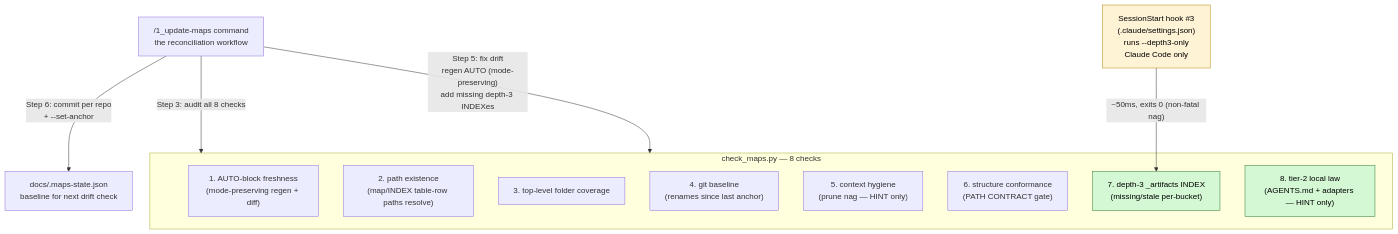
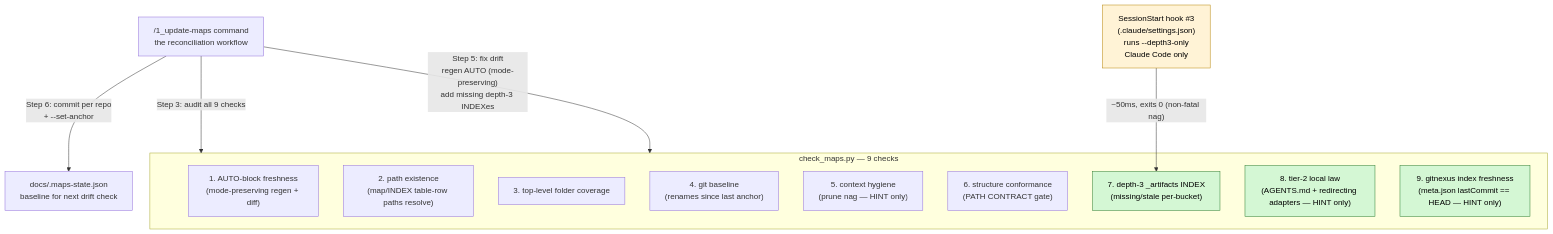
The fourth of 7 diagrams in _my_resources/diagrams_guides/system/file_folder_structure+maintaining.md (sudomadhatter/Sudo_Hatter_Command), drawn with Mermaid before and after one commit. The commit also changed other lines of this file and 8 other files, not shown here.

````diff
--- a/_my_resources/diagrams_guides/system/file_folder_structure+maintaining.md
+++ b/_my_resources/diagrams_guides/system/file_folder_structure+maintaining.md
@@ -124,26 +124,27 @@
 ```mermaid
 flowchart TD
-    subgraph LINTER ["check_maps.py — 8 checks"]
+    subgraph LINTER ["check_maps.py — 9 checks"]
         C1["1. AUTO-block freshness\n(mode-preserving regen + diff)"]
         C2["2. path existence\n(map/INDEX table-row paths resolve)"]
         C3["3. top-level folder coverage"]
         C4["4. git baseline\n(renames since last anchor)"]
         C5["5. context hygiene\n(prune nag — HINT only)"]
         C6["6. structure conformance\n(PATH CONTRACT gate)"]
         C7["7. depth-3 _artifacts INDEX\n(missing/stale per-bucket)"]
-        C8["8. tier-2 local law\n(AGENTS.md + adapters — HINT only)"]
+        C8["8. tier-2 local law\n(AGENTS.md + redirecting adapters — HINT only)"]
+        C9["9. gitnexus index freshness\n(meta.json lastCommit == HEAD — HINT only)"]
     end
 
     HOOK["SessionStart hook #3\n(.claude/settings.json)\nruns --depth3-only\nClaude Code only"]
     HOOK -->|"~50ms, exits 0 (non-fatal nag)"| C7
 
     WORKFLOW["/1_update-maps command\nthe reconciliation workflow"]
-    WORKFLOW -->|"Step 3: audit all 8 checks"| LINTER
+    WORKFLOW -->|"Step 3: audit all 9 checks"| LINTER
     WORKFLOW -->|"Step 5: fix drift\nregen AUTO (mode-preserving)\nadd missing depth-3 INDEXes"| LINTER
     WORKFLOW -->|"Step 6: commit per repo\n+ --set-anchor"| ANCHOR["docs/.maps-state.json\nbaseline for next drift check"]
 
     classDef hook fill:#fff3d6,stroke:#b8860b,color:#000
     classDef depth3 fill:#d4f7d4,stroke:#2e7d32,color:#000
     class HOOK hook
-    class C7,C8 depth3
+    class C7,C8,C9 depth3
 ```
````
